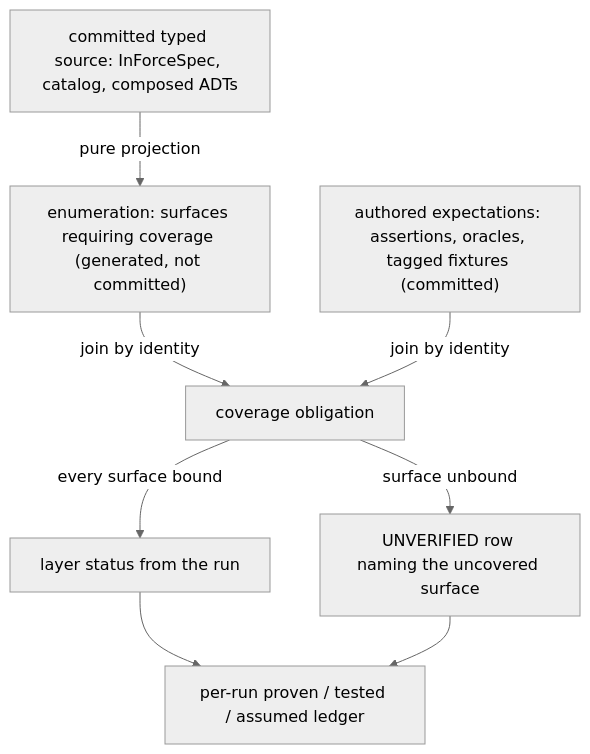
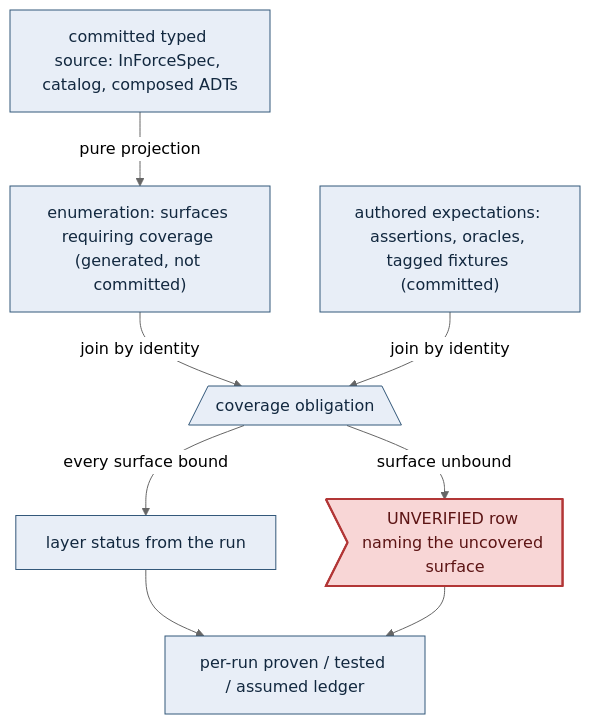
One commit to Tuee22/amoebius changed the third of 3 diagrams in documents/engineering/testing_doctrine.md. Above: the diagram before and after it, drawn with Mermaid (neutral theme). The commit also changed other lines of this file and 36 other files, not shown here.

````diff
--- a/documents/engineering/testing_doctrine.md
+++ b/documents/engineering/testing_doctrine.md
@@ -467,10 +476,12 @@
 ```mermaid
 flowchart TD
-  spec["committed typed source: InForceSpec, catalog, composed ADTs"] -->|pure projection| enum["enumeration: surfaces requiring coverage (generated, not committed)"]
-  enum -->|join by identity| oblig["coverage obligation"]
-  auth["authored expectations: assertions, oracles, tagged fixtures (committed)"] -->|join by identity| oblig
-  oblig -->|every surface bound| reached["layer status from the run"]
-  oblig -->|surface unbound| unver["UNVERIFIED row naming the uncovered surface"]
-  reached --> ledger["per-run proven / tested / assumed ledger"]
+  spec["committed typed source: InForceSpec, catalog, composed ADTs"]:::intent -->|pure projection| enum["enumeration: surfaces requiring coverage (generated, not committed)"]:::intent
+  enum -->|join by identity| oblig[/"coverage obligation"\]:::intent
+  auth["authored expectations: assertions, oracles, tagged fixtures (committed)"]:::intent -->|join by identity| oblig
+  oblig -->|every surface bound| reached["layer status from the run"]:::intent
+  oblig -->|surface unbound| unver>"UNVERIFIED row naming the uncovered surface"]:::refuse
+  reached --> ledger["per-run proven / tested / assumed ledger"]:::intent
   unver --> ledger
+  classDef intent   fill:#e8eef7,stroke:#33587a,color:#12283f,stroke-width:1px
+  classDef refuse   fill:#f8d6d6,stroke:#b23636,color:#5c1414,stroke-width:2px
 ```
````
